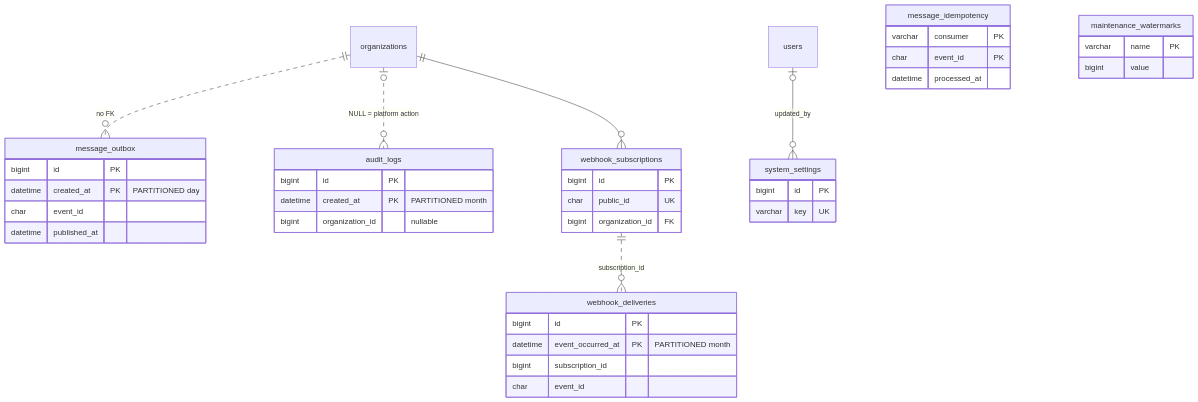
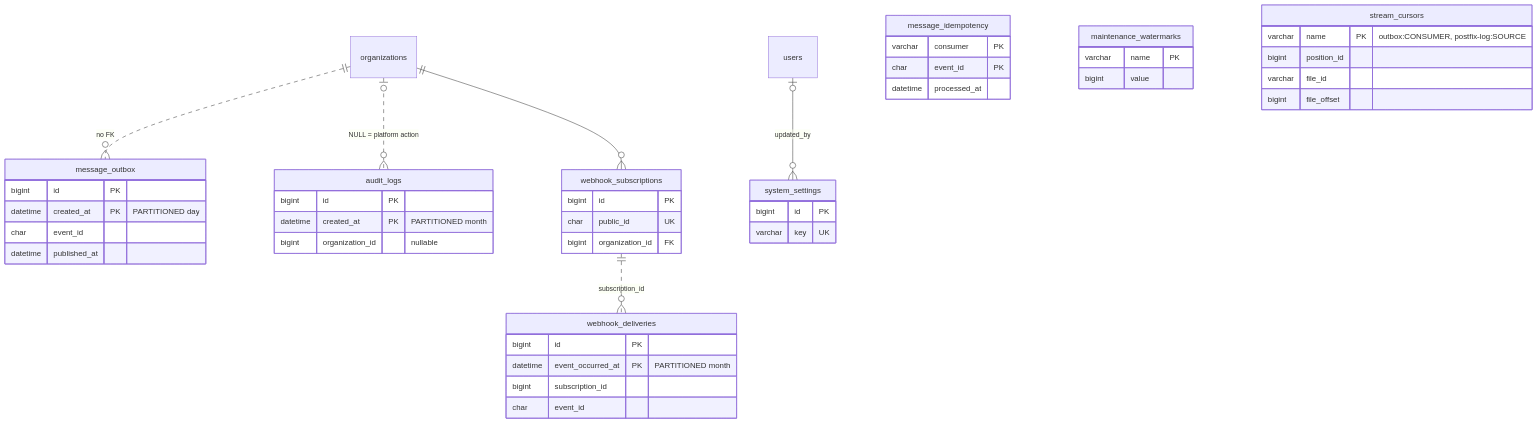
One commit to mnnitsarvesh-ai/email-gateway changed diagram 11 of 11 in docs/database/er-diagram.md. Above: the diagram before and after it, drawn with Mermaid. The commit also changed other lines of this file and 240 other files, not shown here.

````diff
--- a/docs/database/er-diagram.md
+++ b/docs/database/er-diagram.md
@@ -567,43 +608,49 @@
 ```mermaid
 erDiagram
   organizations ||..o{ message_outbox : "no FK"
   organizations |o..o{ audit_logs : "NULL = platform action"
   organizations ||--o{ webhook_subscriptions : ""
   webhook_subscriptions ||..o{ webhook_deliveries : "subscription_id"
   users |o--o{ system_settings : "updated_by"
   message_outbox {
     bigint id PK
     datetime created_at PK "PARTITIONED day"
     char event_id
     datetime published_at
   }
   message_idempotency {
     varchar consumer PK
     char event_id PK
     datetime processed_at
   }
   audit_logs {
     bigint id PK
     datetime created_at PK "PARTITIONED month"
     bigint organization_id "nullable"
   }
   webhook_subscriptions {
     bigint id PK
     char public_id UK
     bigint organization_id FK
   }
   webhook_deliveries {
     bigint id PK
     datetime event_occurred_at PK "PARTITIONED month"
     bigint subscription_id
     char event_id
   }
   system_settings {
     bigint id PK
     varchar key UK
   }
   maintenance_watermarks {
     varchar name PK
     bigint value
   }
+  stream_cursors {
+    varchar name PK "outbox:CONSUMER, postfix-log:SOURCE"
+    bigint position_id
+    varchar file_id
+    bigint file_offset
+  }
 ```
````
